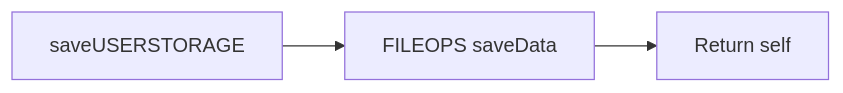
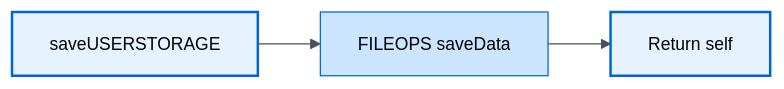
One commit to Gh0st352/AETHR changed the third of 4 diagrams in docs/aethr/user_storage.md. Above: the diagram before and after it, drawn with Mermaid. The commit also changed other lines of this file and 8 other files, not shown here.

Commit message:
docs: enhance documentation with detailed flowcharts and sequence diagrams for initialization, instance creation, module wiring, user storage, and background processes

````diff
--- a/docs/aethr/user_storage.md
+++ b/docs/aethr/user_storage.md
@@ -45,5 +55,14 @@
 ```mermaid
+%%{init: {"theme": "base", "themeVariables": {"primaryColor":"#e6f3ff","primaryBorderColor":"#0066cc","primaryTextColor":"#000","lineColor":"#495057","textColor":"#000","fontSize":"14px"}}}%%
 flowchart LR
   S[saveUSERSTORAGE] --> SD[FILEOPS saveData]
   SD --> RT[Return self]
+
+  %% Styles
+  classDef core fill:#e6f3ff,stroke:#0066cc,stroke-width:2px,color:#000
+  classDef process fill:#cce5ff,stroke:#0066cc,color:#000
+
+  %% Apply classes
+  class S,RT core
+  class SD process
 ```
````
